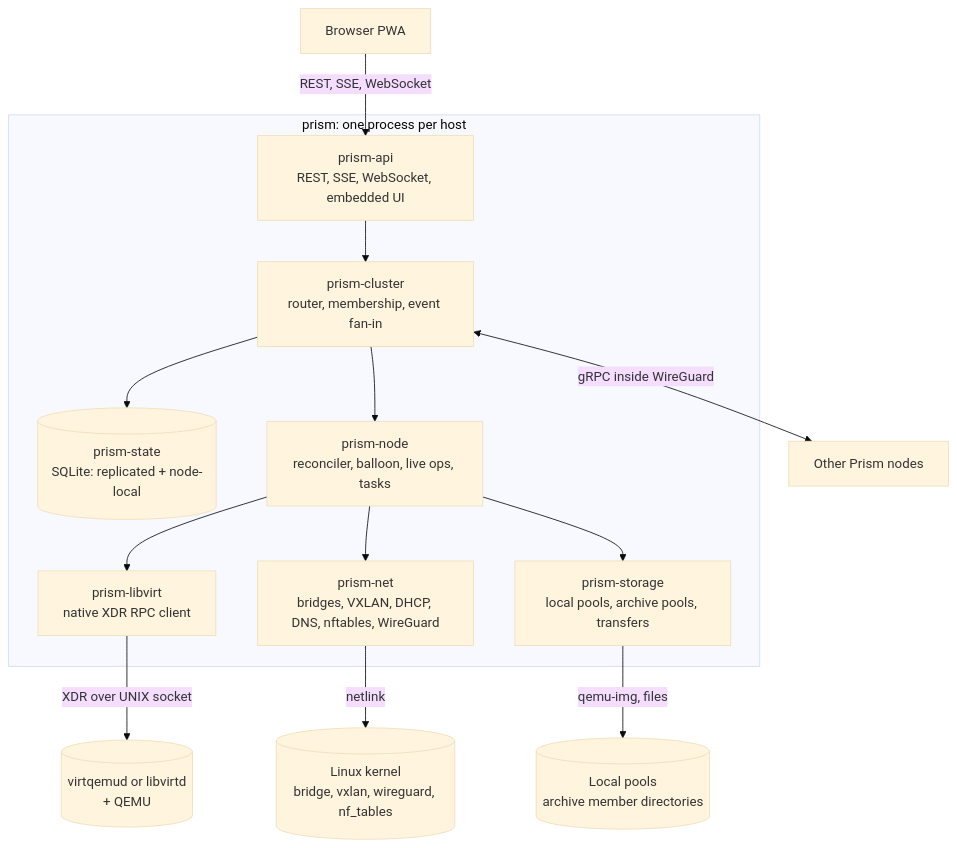
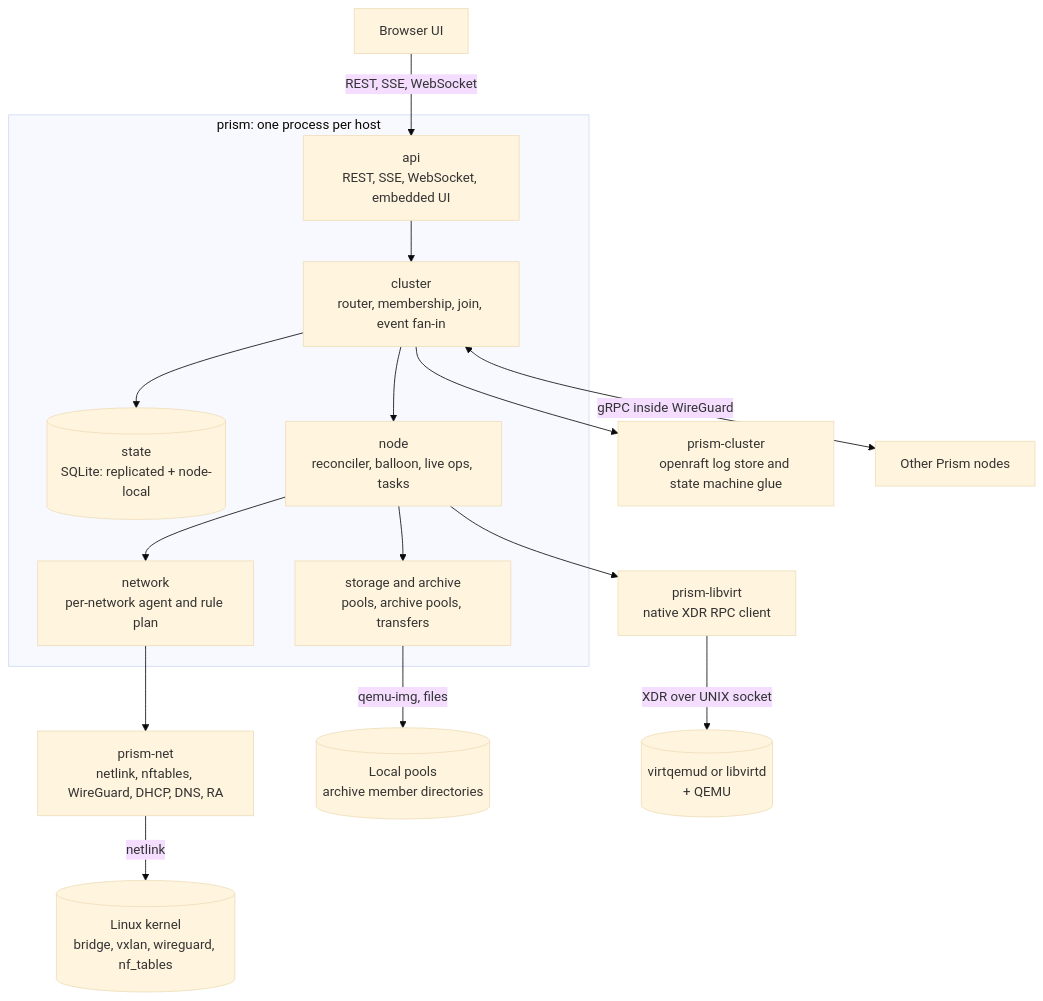
One commit to brenfwd/prism changed the first of 10 diagrams in docs/DESIGN.md. Above: the diagram before and after it, drawn with Mermaid (base theme). The commit also changed other lines of this file and 2 other files, not shown here.

First line of the commit message:
Update API.md and reconcile DESIGN.md with the implementation

````diff
--- a/docs/DESIGN.md
+++ b/docs/DESIGN.md
@@ -67,28 +70,32 @@
 ```mermaid
 flowchart TB
-    browser["Browser PWA"]
+    browser["Browser UI"]
     subgraph prism["prism: one process per host"]
-        api["prism-api<br/>REST, SSE, WebSocket, embedded UI"]
-        cluster["prism-cluster<br/>router, membership, event fan-in"]
-        state[("prism-state<br/>SQLite: replicated + node-local")]
-        nodec["prism-node<br/>reconciler, balloon, live ops, tasks"]
-        libvirt["prism-libvirt<br/>native XDR RPC client"]
-        net["prism-net<br/>bridges, VXLAN, DHCP, DNS, nftables, WireGuard"]
-        storage["prism-storage<br/>local pools, archive pools, transfers"]
+        api["api<br/>REST, SSE, WebSocket, embedded UI"]
+        cluster["cluster<br/>router, membership, join, event fan-in"]
+        state[("state<br/>SQLite: replicated + node-local")]
+        nodec["node<br/>reconciler, balloon, live ops, tasks"]
+        netagent["network<br/>per-network agent and rule plan"]
+        storage["storage and archive<br/>pools, archive pools, transfers"]
         api --> cluster
         cluster --> state
         cluster --> nodec
-        nodec --> libvirt
-        nodec --> net
+        nodec --> netagent
         nodec --> storage
     end
+    libvirt["prism-libvirt<br/>native XDR RPC client"]
+    pnet["prism-net<br/>netlink, nftables, WireGuard, DHCP, DNS, RA"]
+    pcluster["prism-cluster<br/>openraft log store and state machine glue"]
     virtqemud[("virtqemud or libvirtd<br/>+ QEMU")]
     kernel[("Linux kernel<br/>bridge, vxlan, wireguard, nf_tables")]
     disks[("Local pools<br/>archive member directories")]
     peers["Other Prism nodes"]
     browser -->|"REST, SSE, WebSocket"| api
+    nodec --> libvirt
     libvirt -->|"XDR over UNIX socket"| virtqemud
-    net -->|"netlink"| kernel
+    netagent --> pnet
+    pnet -->|"netlink"| kernel
     storage -->|"qemu-img, files"| disks
+    cluster --> pcluster
     cluster <-->|"gRPC inside WireGuard"| peers
 ```
````
